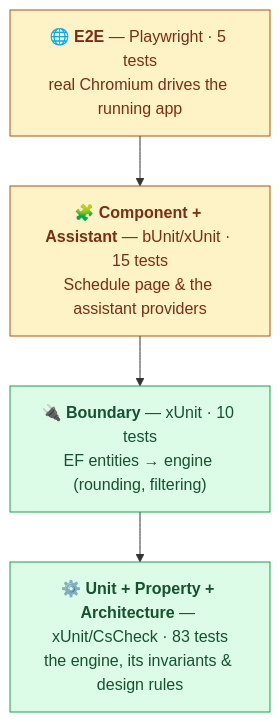
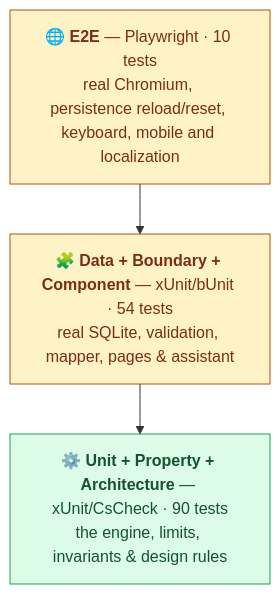
One commit to aco993/WorkPlanStudio changed the diagram in docs/TESTING.md. Above: the diagram before and after it, drawn with Mermaid. The commit also changed other lines of this file and 16 other files, not shown here.

````diff
--- a/docs/TESTING.md
+++ b/docs/TESTING.md
@@ -14,14 +14,13 @@
 ```mermaid
 graph TD
-    E2E["🌐 <b>E2E</b> — Playwright · 5 tests<br/>real Chromium drives the running app"]
-    COMP["🧩 <b>Component + Assistant</b> — bUnit/xUnit · 15 tests<br/>Schedule page &amp; the assistant providers"]
-    MAP["🔌 <b>Boundary</b> — xUnit · 10 tests<br/>EF entities → engine (rounding, filtering)"]
-    UNIT["⚙️ <b>Unit + Property + Architecture</b> — xUnit/CsCheck · 83 tests<br/>the engine, its invariants &amp; design rules"]
+    E2E["🌐 <b>E2E</b> — Playwright · 10 tests<br/>real Chromium, persistence reload/reset, keyboard, mobile and localization"]
+    WEB["🧩 <b>Data + Boundary + Component</b> — xUnit/bUnit · 54 tests<br/>real SQLite, validation, mapper, pages &amp; assistant"]
+    UNIT["⚙️ <b>Unit + Property + Architecture</b> — xUnit/CsCheck · 90 tests<br/>the engine, limits, invariants &amp; design rules"]
 
-    E2E --> COMP --> MAP --> UNIT
+    E2E --> WEB --> UNIT
 
     classDef fast fill:#dcfce7,stroke:#16a34a,color:#14532d;
     classDef slow fill:#fef3c7,stroke:#b45309,color:#7c2d12;
-    class UNIT,MAP fast;
-    class COMP,E2E slow;
+    class UNIT fast;
+    class WEB,E2E slow;
 ```
````
